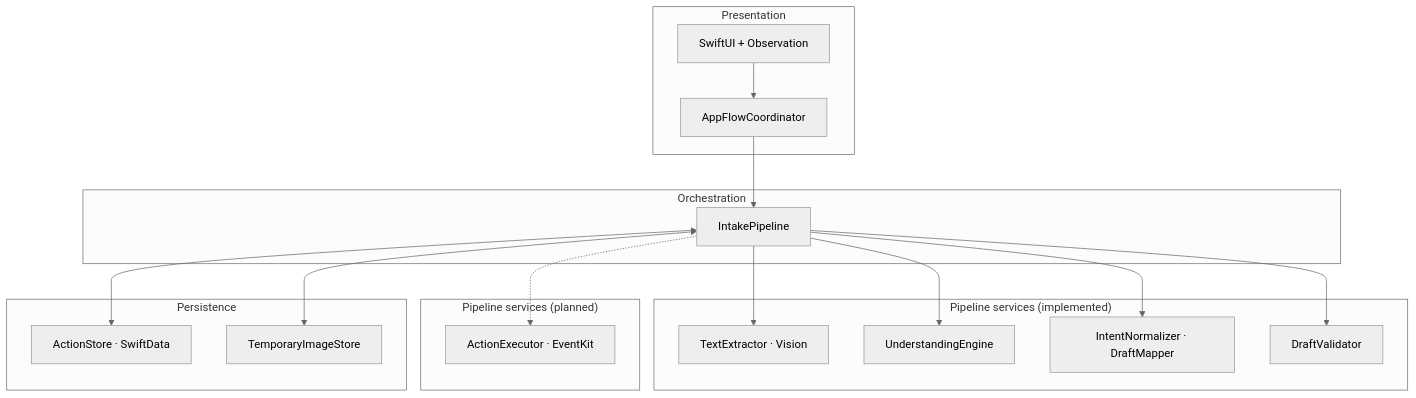
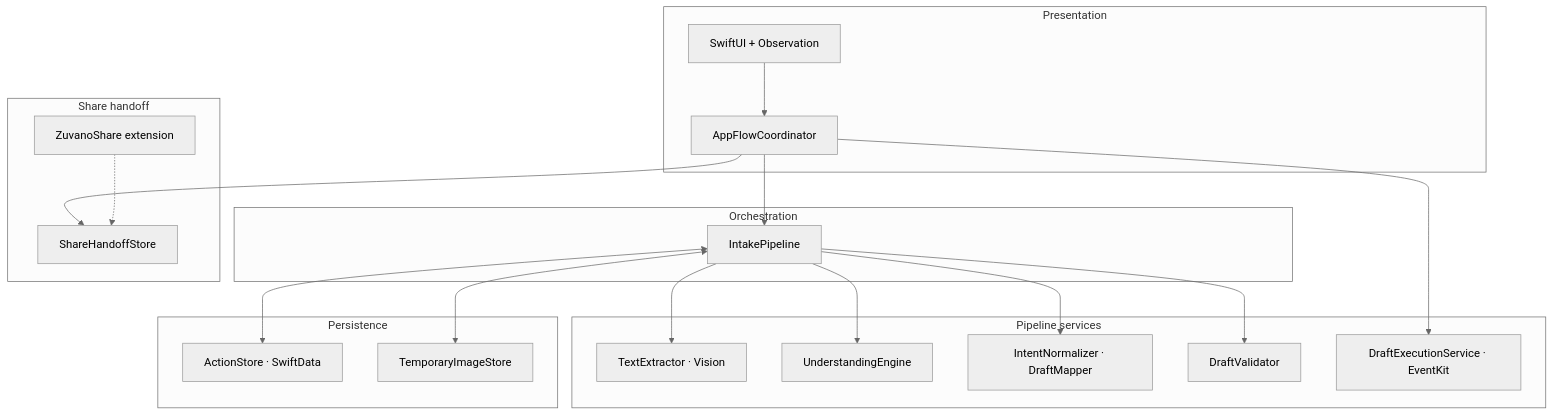
One commit to sahanmaiti/Zuvano changed the second of 2 diagrams in README.md. Above: the diagram before and after it, drawn with Mermaid (neutral theme). The commit also changed other lines of this file, not shown here.

````diff
--- a/README.md
+++ b/README.md
@@ -141,37 +155,41 @@
 ```mermaid
 flowchart TB
     subgraph Presentation["Presentation"]
         UI[SwiftUI + Observation]
         COORD[AppFlowCoordinator]
     end
 
     subgraph Orchestration["Orchestration"]
         ORCH[IntakePipeline]
     end
 
-    subgraph Pipeline["Pipeline services (implemented)"]
+    subgraph Pipeline["Pipeline services"]
         OCR[TextExtractor · Vision]
         UNDER[UnderstandingEngine]
         NORM[IntentNormalizer · DraftMapper]
         VAL[DraftValidator]
+        EXEC[DraftExecutionService · EventKit]
     end
 
-    subgraph PipelinePlanned["Pipeline services (planned)"]
-        EXEC[ActionExecutor · EventKit]
+    subgraph Share["Share handoff"]
+        EXT[ZuvanoShare extension]
+        HAND[ShareHandoffStore]
     end
 
     subgraph Persistence["Persistence"]
         STORE[ActionStore · SwiftData]
         TEMP[TemporaryImageStore]
     end
 
     UI --> COORD
     COORD --> ORCH
+    COORD --> EXEC
+    COORD --> HAND
+    EXT -.-> HAND
     ORCH --> OCR
     ORCH --> UNDER
     ORCH --> NORM
     ORCH --> VAL
     ORCH <--> STORE
     ORCH <--> TEMP
-    ORCH -.-> EXEC
 ```
````
